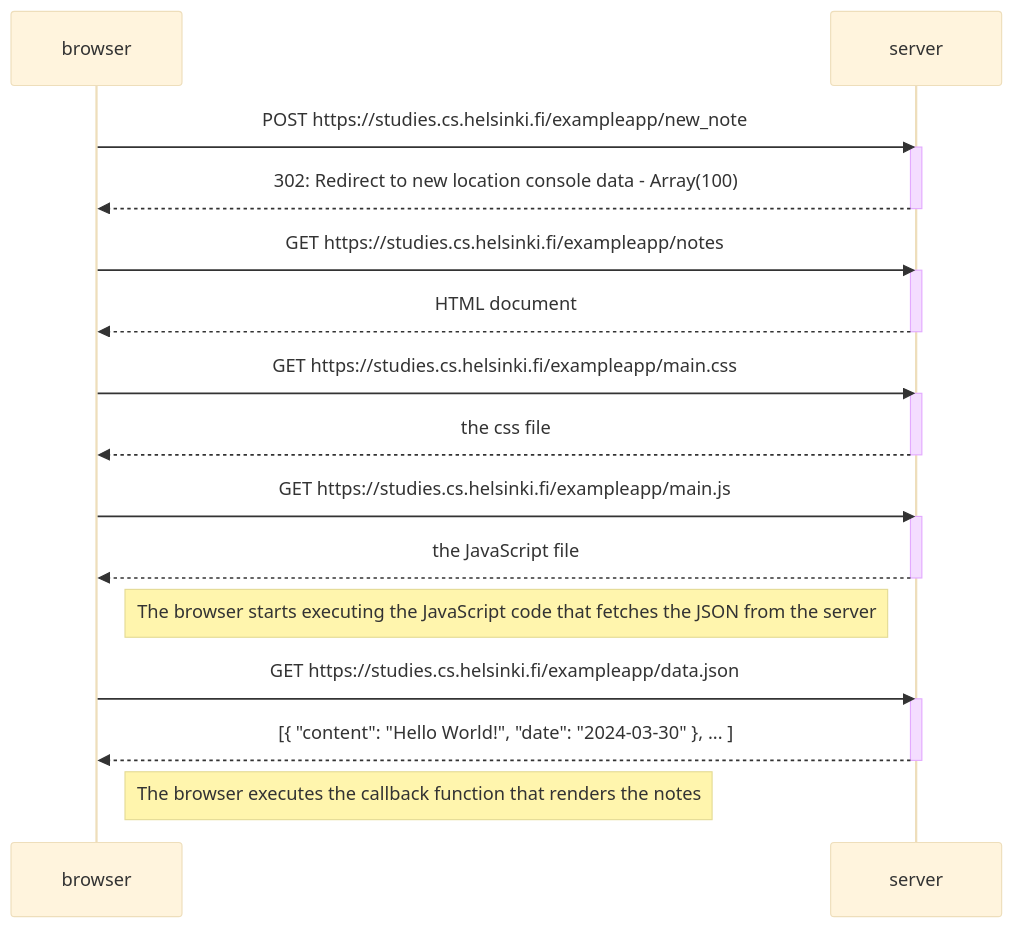
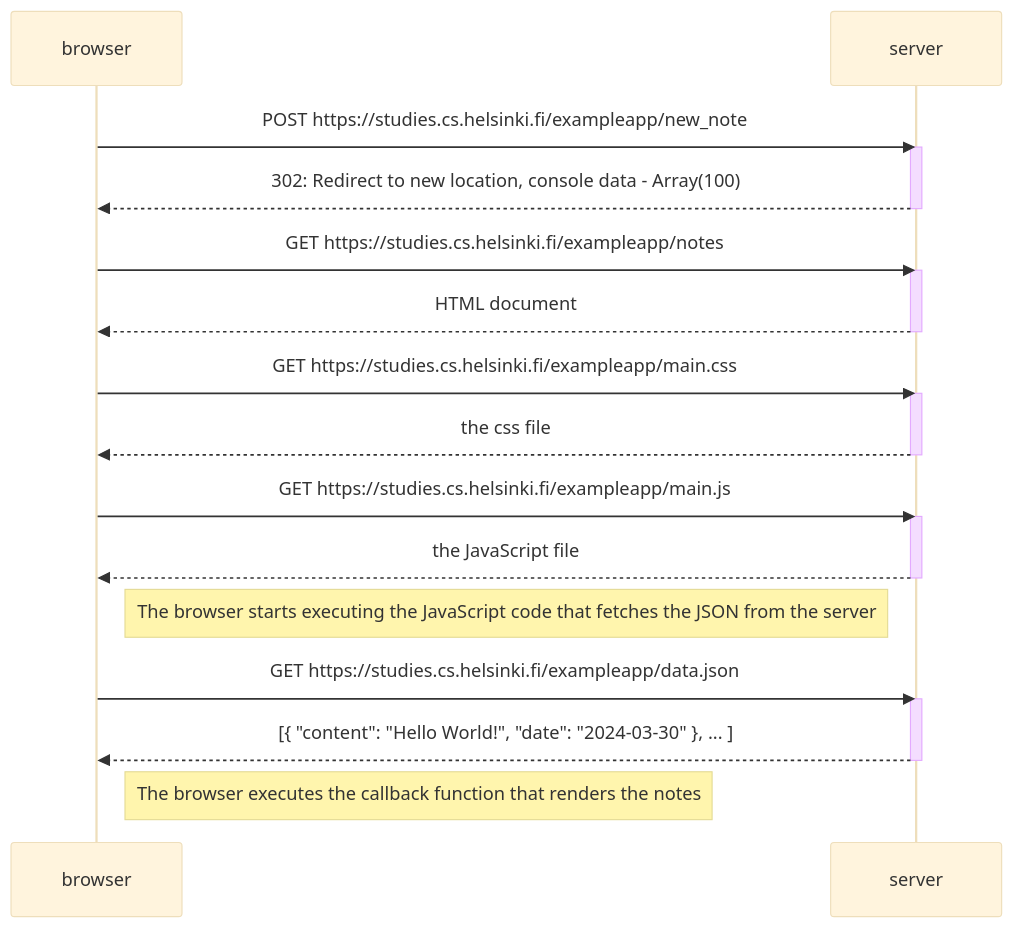
The diagram in part0/New note diagram/diagram.mmd (adnanprojects/fullstackopen), drawn with Mermaid (base theme) before and after one commit.

```diff
--- a/part0/New note diagram/diagram.mmd
+++ b/part0/New note diagram/diagram.mmd
@@ -1,33 +1,33 @@
 
 sequenceDiagram
     participant browser
     participant server
 
     browser->>server: POST https://studies.cs.helsinki.fi/exampleapp/new_note
     activate server
-    server-->>browser: 302: Redirect to new location console data - Array(100)
+    server-->>browser: 302: Redirect to new location, console data - Array(100)
     deactivate server
 
     browser->>server: GET https://studies.cs.helsinki.fi/exampleapp/notes
     activate server
     server-->>browser: HTML document
     deactivate server
 
     browser->>server: GET https://studies.cs.helsinki.fi/exampleapp/main.css
     activate server
     server-->>browser: the css file
     deactivate server
 
     browser->>server: GET https://studies.cs.helsinki.fi/exampleapp/main.js
     activate server
     server-->>browser: the JavaScript file
     deactivate server
 
     Note right of browser: The browser starts executing the JavaScript code that fetches the JSON from the server
 
     browser->>server: GET https://studies.cs.helsinki.fi/exampleapp/data.json
     activate server
     server-->>browser: [{ "content": "Hello World!", "date": "2024-03-30" }, ... ]
     deactivate server
 
     Note right of browser: The browser executes the callback function that renders the notes
```
